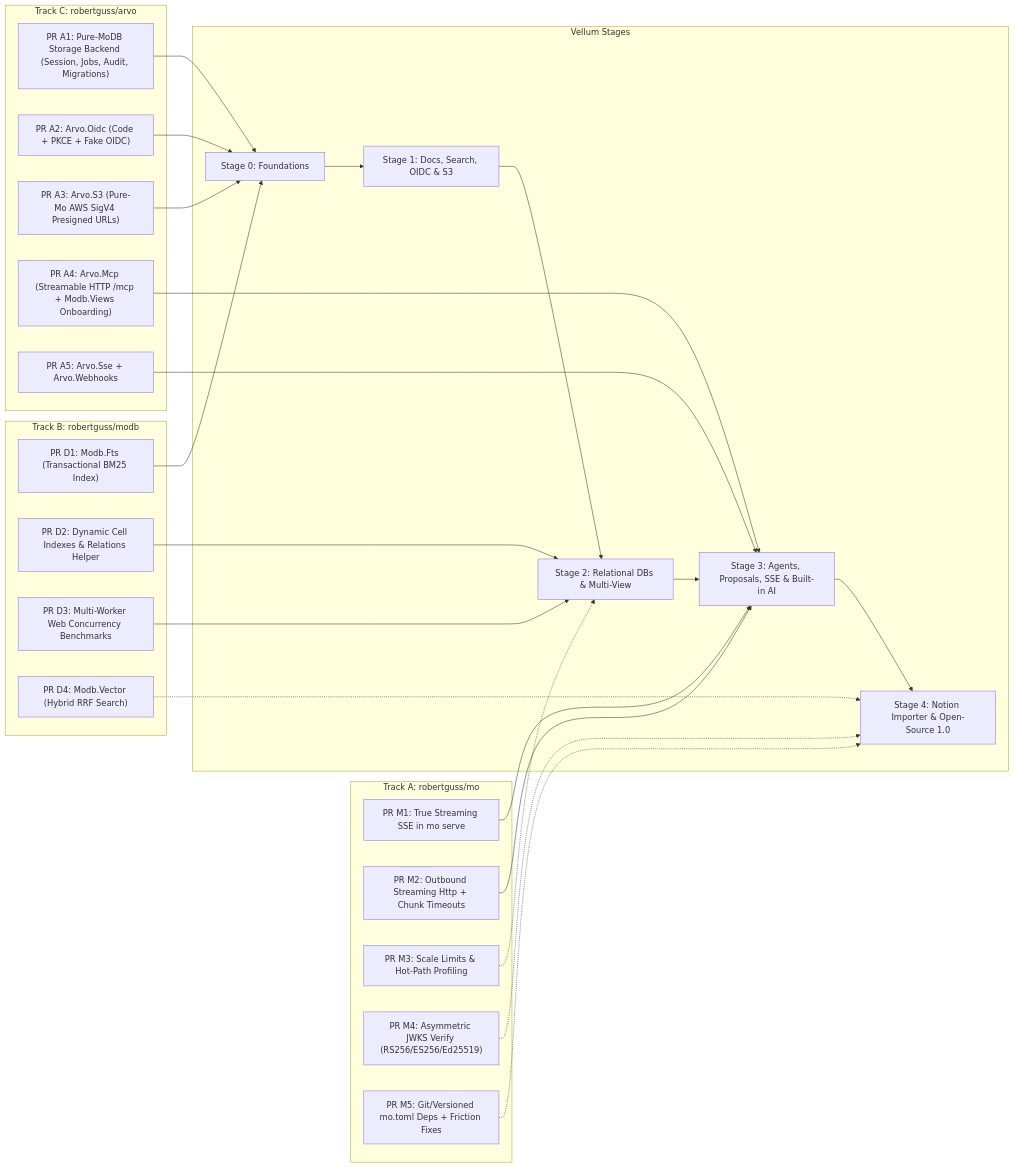
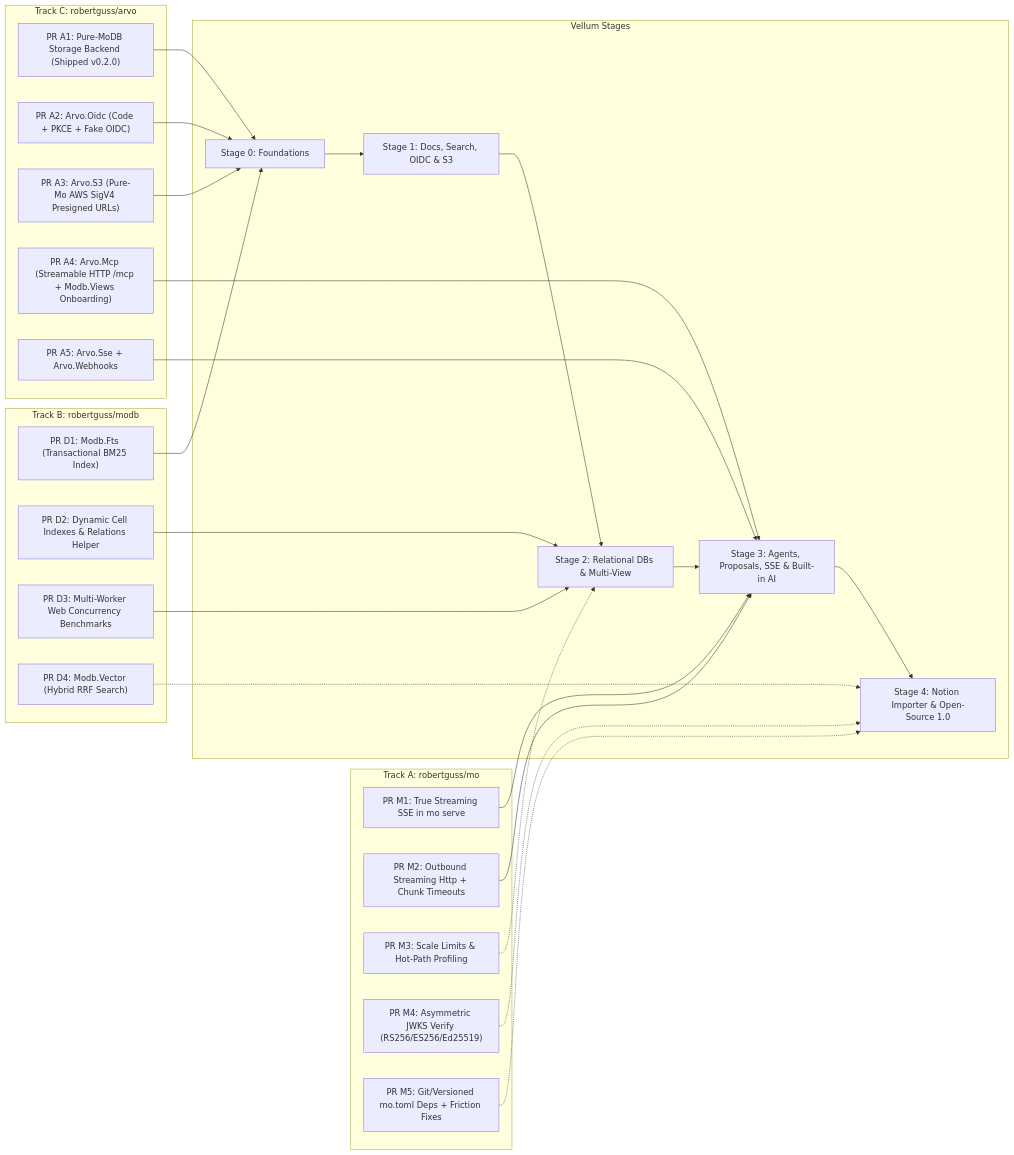
Before and after one commit to robertguss/vellum: the diagram in docs/upstream-roadmap.md, drawn with Mermaid. The commit also changed other lines of this file and 1 other file, not shown here.

Commit message:
Wire arvo-modb v0.2.0 and mark PR A1 shipped in roadmap

````diff
--- a/docs/upstream-roadmap.md
+++ b/docs/upstream-roadmap.md
@@ -10,49 +10,49 @@
 ```mermaid
 flowchart LR
   subgraph Mo["Track A: robertguss/mo"]
     M1["PR M1: True Streaming SSE in mo serve"]
     M2["PR M2: Outbound Streaming Http + Chunk Timeouts"]
     M3["PR M3: Scale Limits & Hot-Path Profiling"]
     M4["PR M4: Asymmetric JWKS Verify (RS256/ES256/Ed25519)"]
     M5["PR M5: Git/Versioned mo.toml Deps + Friction Fixes"]
   end
 
   subgraph MoDB["Track B: robertguss/modb"]
     D1["PR D1: Modb.Fts (Transactional BM25 Index)"]
     D2["PR D2: Dynamic Cell Indexes & Relations Helper"]
     D3["PR D3: Multi-Worker Web Concurrency Benchmarks"]
     D4["PR D4: Modb.Vector (Hybrid RRF Search)"]
   end
 
   subgraph Arvo["Track C: robertguss/arvo"]
-    A1["PR A1: Pure-MoDB Storage Backend (Session, Jobs, Audit, Migrations)"]
+    A1["PR A1: Pure-MoDB Storage Backend (Shipped v0.2.0)"]
     A2["PR A2: Arvo.Oidc (Code + PKCE + Fake OIDC)"]
     A3["PR A3: Arvo.S3 (Pure-Mo AWS SigV4 Presigned URLs)"]
     A4["PR A4: Arvo.Mcp (Streamable HTTP /mcp + Modb.Views Onboarding)"]
     A5["PR A5: Arvo.Sse + Arvo.Webhooks"]
   end
 
   subgraph Vellum["Vellum Stages"]
     S0["Stage 0: Foundations"]
     S1["Stage 1: Docs, Search, OIDC & S3"]
     S2["Stage 2: Relational DBs & Multi-View"]
     S3["Stage 3: Agents, Proposals, SSE & Built-in AI"]
     S4["Stage 4: Notion Importer & Open-Source 1.0"]
   end
 
   A1 --> S0
   A2 --> S0
   A3 --> S0
   D1 --> S0
   M1 --> S3
   M2 --> S3
   D2 --> S2
   D3 --> S2
   A4 --> S3
   A5 --> S3
   S0 --> S1 --> S2 --> S3 --> S4
   M3 -.-> S2
   M4 -.-> S4
   M5 -.-> S4
   D4 -.-> S4
 ```
````
